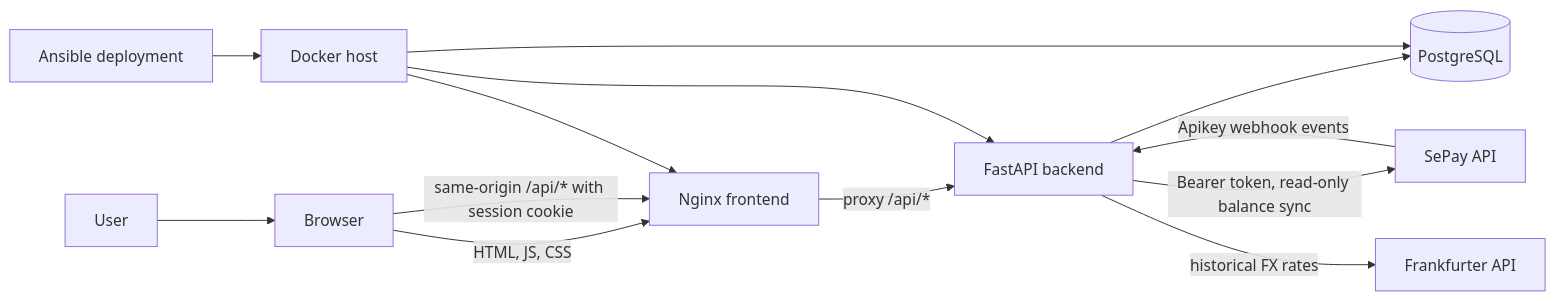
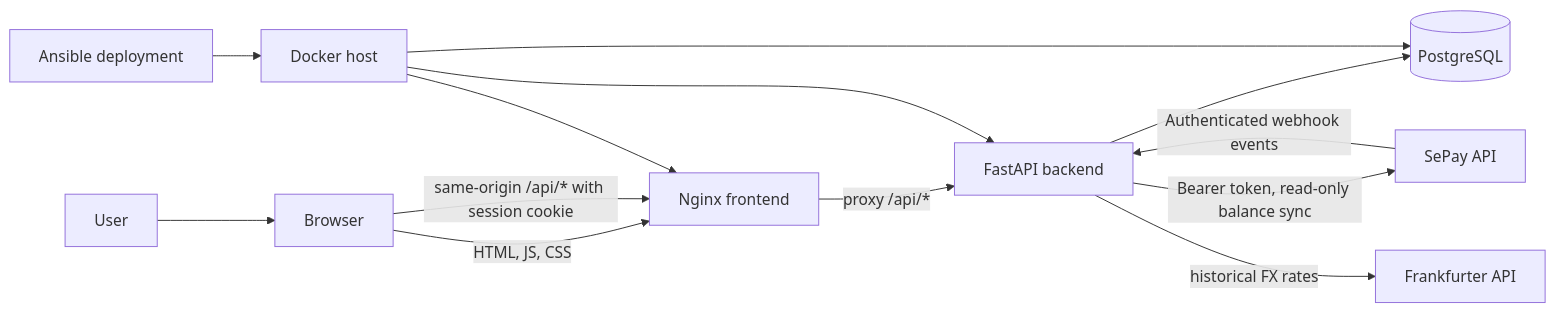
One commit to st-mich43l/apexvoid-ledger changed the first of 10 diagrams in docs/ARCHITECTURE.md. Above: the diagram before and after it, drawn with Mermaid. The commit also changed other lines of this file and 3 other files, not shown here.

````diff
--- a/docs/ARCHITECTURE.md
+++ b/docs/ARCHITECTURE.md
@@ -23,15 +24,15 @@
 ```mermaid
 flowchart LR
     U[User] --> B[Browser]
     B -->|HTML, JS, CSS| N[Nginx frontend]
     B -->|same-origin /api/* with session cookie| N
     N -->|proxy /api/*| A[FastAPI backend]
     A --> DB[(PostgreSQL)]
     A -->|Bearer token, read-only balance sync| S[SePay API]
-    S -->|Apikey webhook events| A
+    S -->|Authenticated webhook events| A
     A -->|historical FX rates| FX[Frankfurter API]
     OPS[Ansible deployment] --> VPS[Docker host]
     VPS --> N
     VPS --> A
     VPS --> DB
 ```
````
